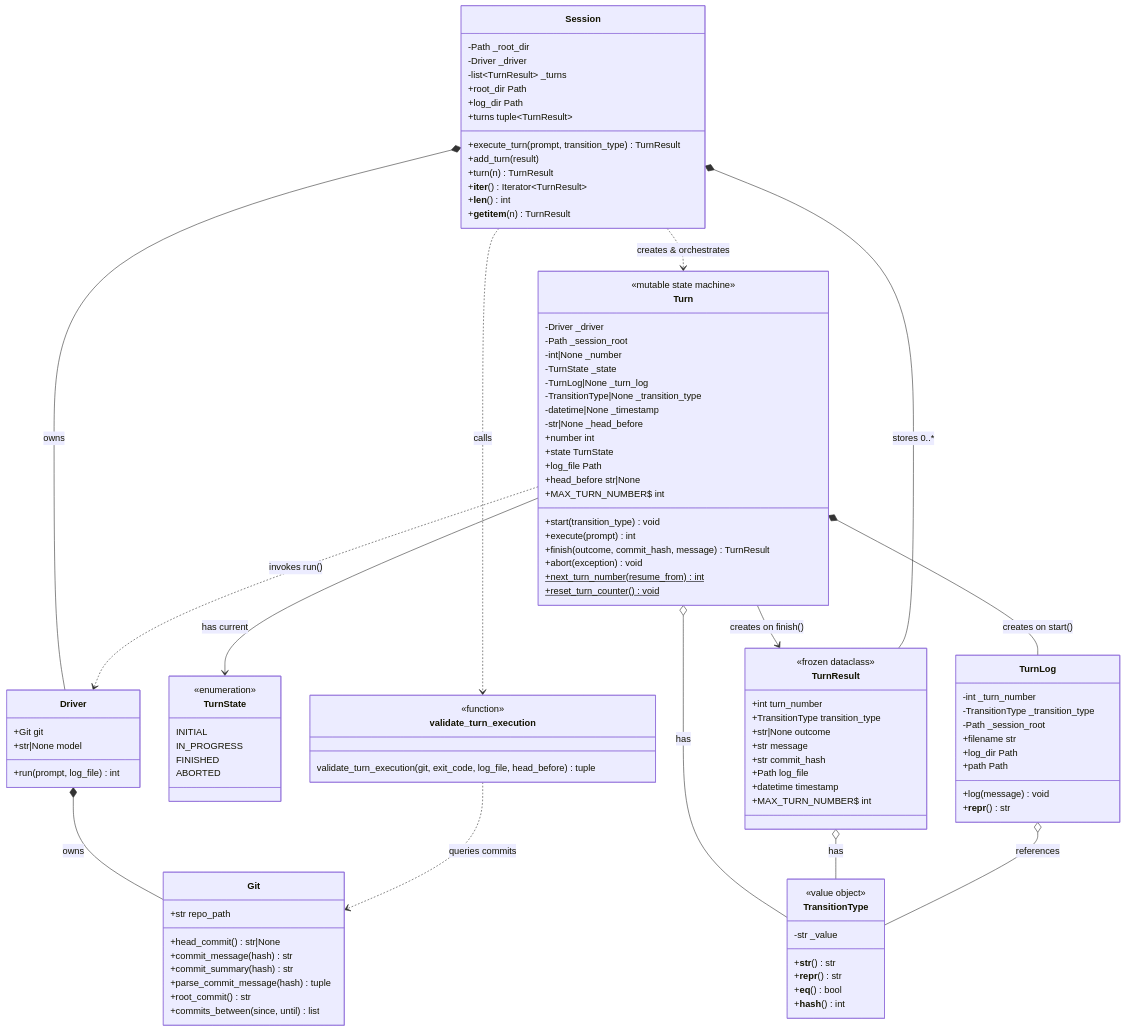
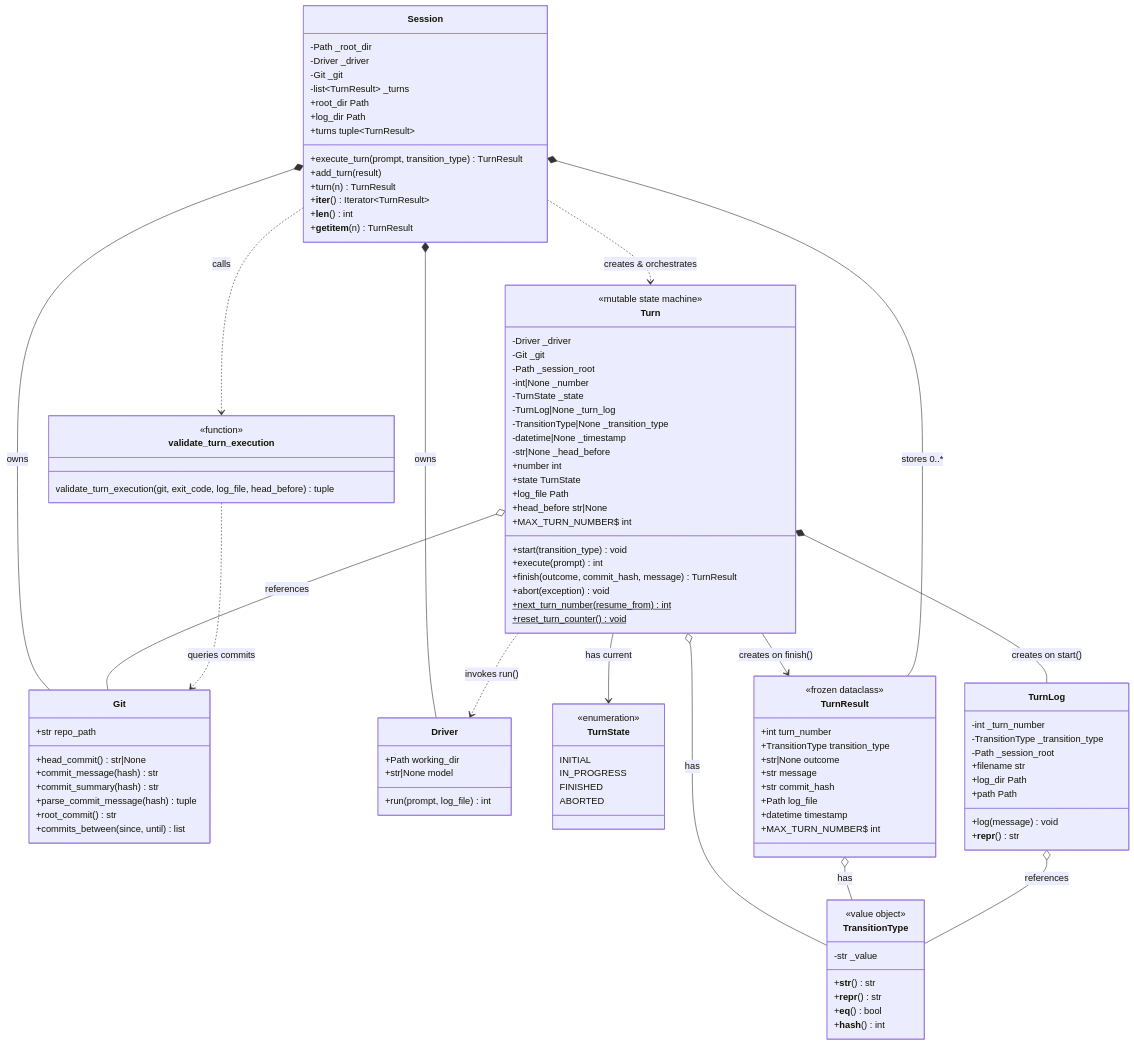
Before and after one commit to alexeyv/afk: the diagram in docs/domain-model.md, drawn with Mermaid. The commit also changed other lines of this file and 6 other files, not shown here.

First line of the commit message:
refactor: Move Git ownership from Driver to Session

```diff
--- a/docs/domain-model.md
+++ b/docs/domain-model.md
@@ -21,7 +21,7 @@
     }
 
     class Driver {
-        +Git git
+        +Path working_dir
         +str|None model
         +run(prompt, log_file) int
     }
@@ -58,6 +58,7 @@
     class Turn {
         <<mutable state machine>>
         -Driver _driver
+        -Git _git
         -Path _session_root
         -int|None _number
         -TurnState _state
@@ -92,6 +93,7 @@
     class Session {
         -Path _root_dir
         -Driver _driver
+        -Git _git
         -list~TurnResult~ _turns
         +root_dir Path
         +log_dir Path
@@ -110,7 +112,7 @@
     }
 
     %% Composition (ownership)
-    Driver *-- Git : owns
+    Session *-- Git : owns
     Session *-- Driver : owns
     Turn *-- TurnLog : creates on start()
     Turn --> TurnResult : creates on finish()
@@ -118,6 +120,7 @@
     %% Association (references)
     Turn --> TurnState : has current
     Turn o-- TransitionType : has
+    Turn o-- Git : references
     TurnResult o-- TransitionType : has
     TurnLog o-- TransitionType : references
     Session *-- TurnResult : stores 0..*
```
